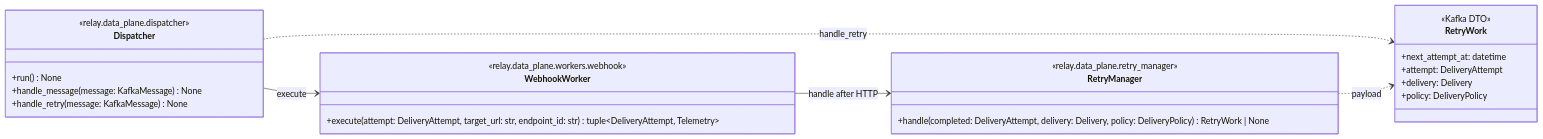
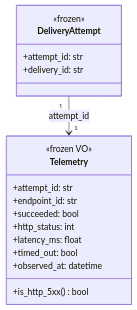
One commit to RelayForged/relayforge changed the third of 4 diagrams in docs/Diagrams/data-plane-class-diagram.md. Above: the diagram before and after it, drawn with Mermaid. The commit also changed other lines of this file and 3 other files, not shown here.

First line of the commit message:
docs: redesign Weeks 1-4 Data Plane UML diagrams

````diff
--- a/docs/Diagrams/data-plane-class-diagram.md
+++ b/docs/Diagrams/data-plane-class-diagram.md
@@ -390,34 +134,24 @@
 ```mermaid
 classDiagram
-    direction LR
+    direction TB
 
-    class Dispatcher {
-        <<relay.data_plane.dispatcher>>
-        +run() None
-        +handle_message(message: KafkaMessage) None
-        +handle_retry(message: KafkaMessage) None
+    class Telemetry {
+        <<frozen VO>>
+        +attempt_id: str
+        +endpoint_id: str
+        +succeeded: bool
+        +http_status: int
+        +latency_ms: float
+        +timed_out: bool
+        +observed_at: datetime
+        +is_http_5xx() bool
     }
 
-    class WebhookWorker {
-        <<relay.data_plane.workers.webhook>>
-        +execute(attempt: DeliveryAttempt, target_url: str, endpoint_id: str) tuple~DeliveryAttempt, Telemetry~
+    class DeliveryAttempt {
+        <<frozen>>
+        +attempt_id: str
+        +delivery_id: str
     }
 
-    class RetryManager {
-        <<relay.data_plane.retry_manager>>
-        +handle(completed: DeliveryAttempt, delivery: Delivery, policy: DeliveryPolicy) RetryWork | None
-    }
-
-    class RetryWork {
-        <<Kafka DTO>>
-        +next_attempt_at: datetime
-        +attempt: DeliveryAttempt
-        +delivery: Delivery
-        +policy: DeliveryPolicy
-    }
-
-    Dispatcher --> WebhookWorker : execute
-    Dispatcher ..> RetryWork : handle_retry
-    WebhookWorker --> RetryManager : handle after HTTP
-    RetryManager ..> RetryWork : payload
+    DeliveryAttempt "1" --> "1" Telemetry : attempt_id
 ```
````
